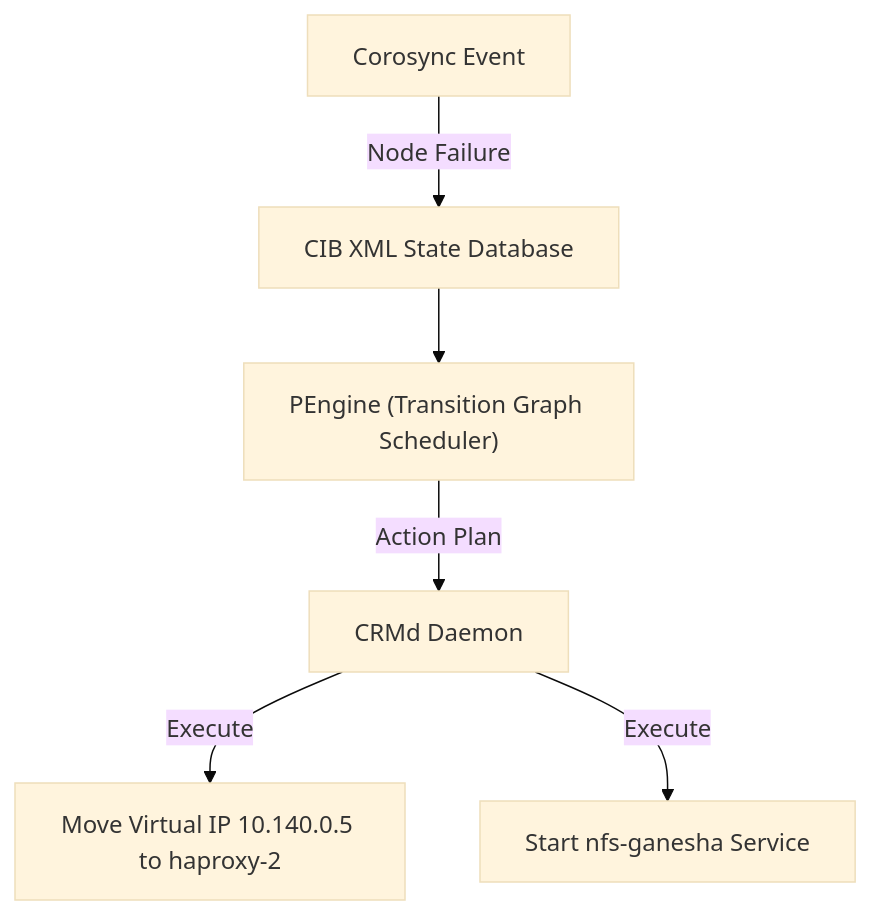
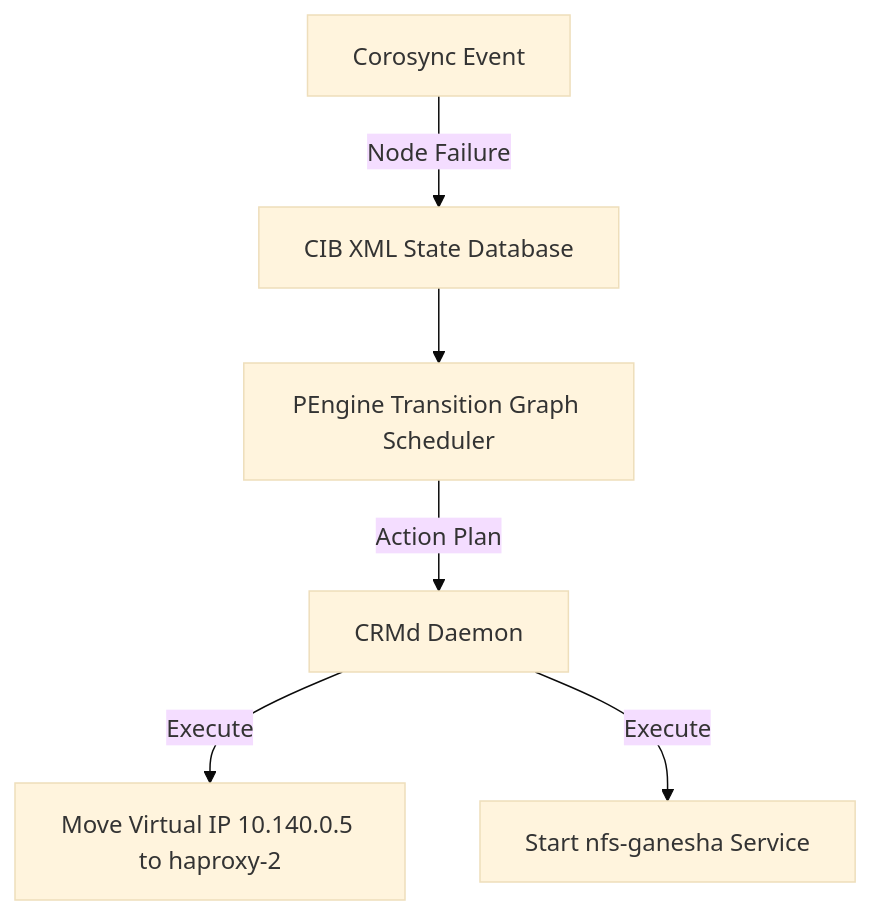
The second of 14 diagrams in nfs-cluster/HA-NFS-Ceph-Architecture-Guide.md (seang454/nfs-cluster), drawn with Mermaid (base theme) before and after one commit. The commit also changed other lines of this file, not shown here.

````diff
--- a/nfs-cluster/HA-NFS-Ceph-Architecture-Guide.md
+++ b/nfs-cluster/HA-NFS-Ceph-Architecture-Guide.md
@@ -122,8 +186,8 @@
 ```mermaid
 flowchart TB
-    Corosync["Corosync Event"] -->|Node Failure| CIB["CIB XML State Database"]
-    CIB --> PEngine["PEngine (Transition Graph Scheduler)"]
-    PEngine -->|Action Plan| CRMd["CRMd Daemon"]
-    CRMd -->|Execute| IPShift["Move Virtual IP 10.140.0.5 to haproxy-2"]
-    CRMd -->|Execute| ServiceStart["Start nfs-ganesha Service"]
+    Corosync["Corosync Event"] -->|"Node Failure"| CIB["CIB XML State Database"]
+    CIB --> PEngine["PEngine Transition Graph Scheduler"]
+    PEngine -->|"Action Plan"| CRMd["CRMd Daemon"]
+    CRMd -->|"Execute"| IPShift["Move Virtual IP 10.140.0.5 to haproxy-2"]
+    CRMd -->|"Execute"| ServiceStart["Start nfs-ganesha Service"]
 ```
````
